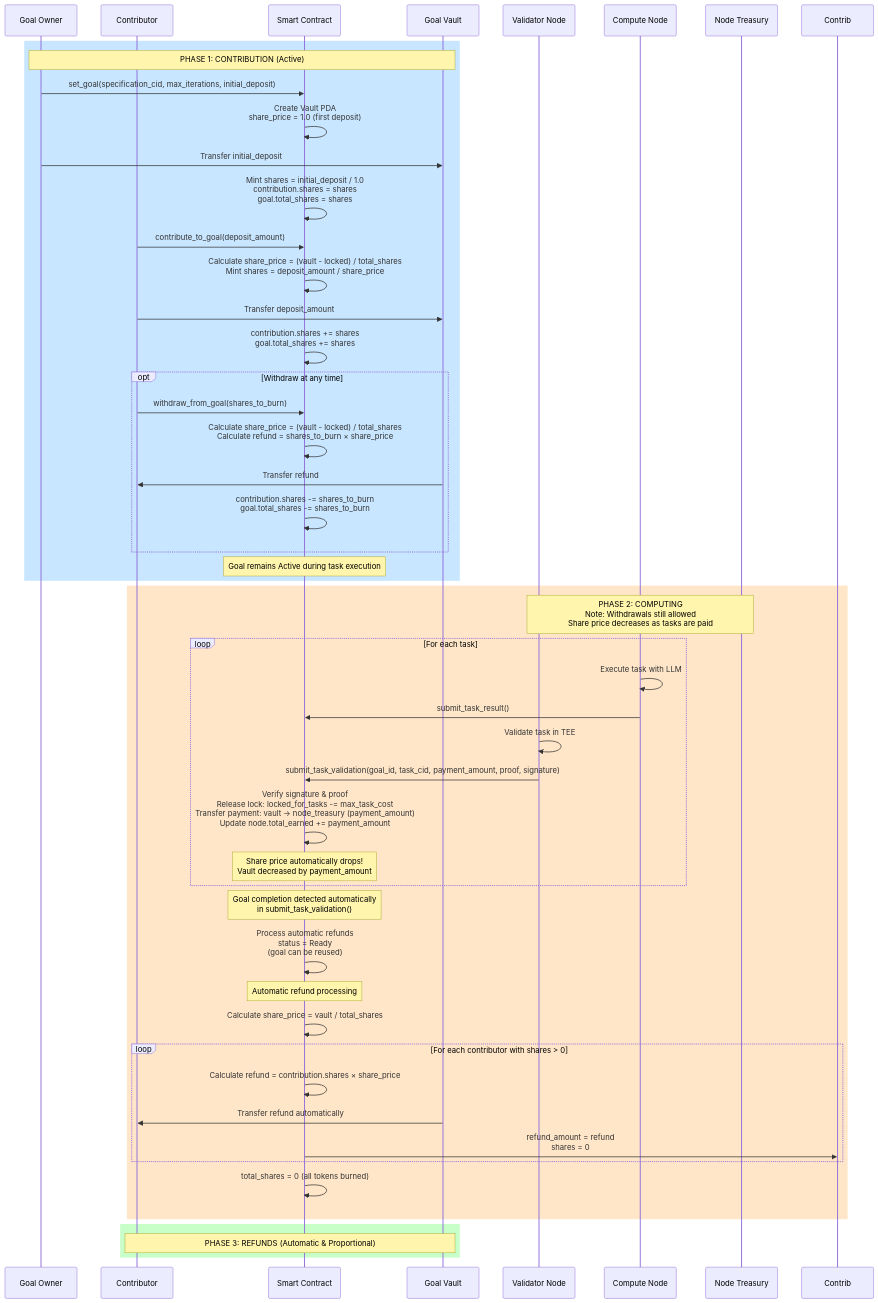
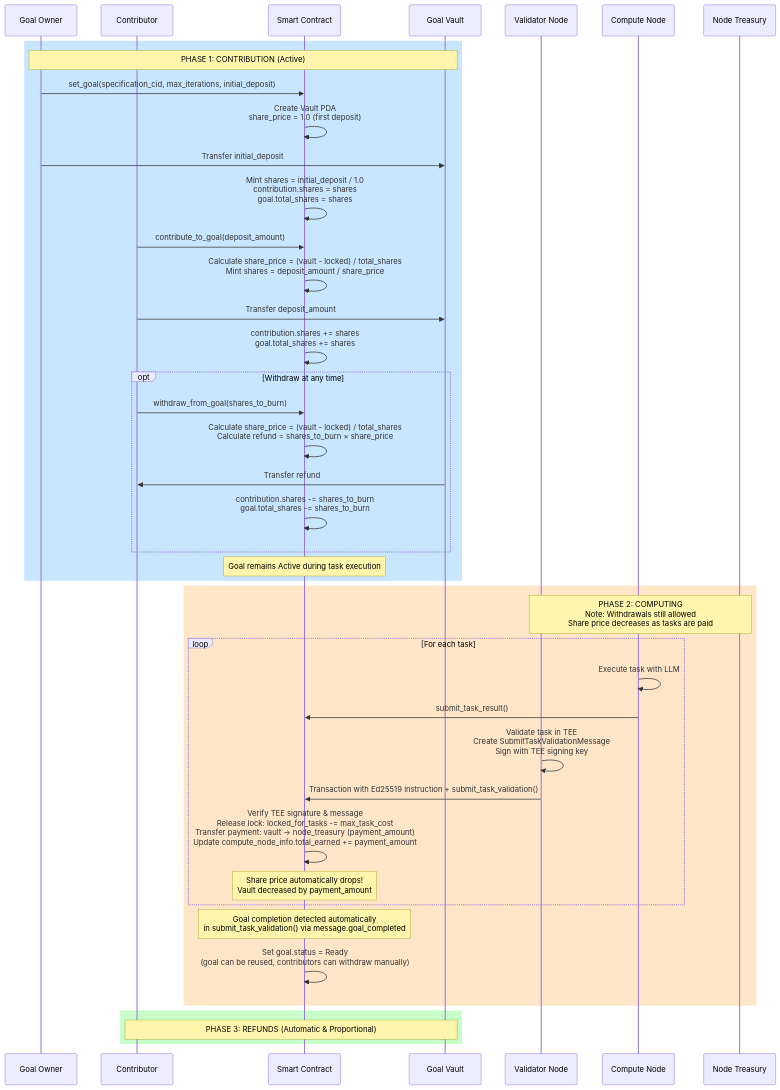
One commit to JorgeCosta87/decentralized-autonomous-computing changed diagram 12 of 13 in docs/design.md. Above: the diagram before and after it, drawn with Mermaid. The commit also changed other lines of this file and 1 other file, not shown here.

````diff
--- a/docs/design.md
+++ b/docs/design.md
@@ -619,68 +638,56 @@
 ```mermaid
 sequenceDiagram
     participant Owner as Goal Owner
     participant Contributor as Contributor
     participant DAC as Smart Contract
     participant Vault as Goal Vault
     participant VN as Validator Node
     participant CN as Compute Node
     participant NodeTreasury as Node Treasury
     
     rect rgb(200, 230, 255)
         Note over Owner,Vault: PHASE 1: CONTRIBUTION (Active)
         
         Owner->>DAC: set_goal(specification_cid, max_iterations, initial_deposit)
         DAC->>DAC: Create Vault PDA<br/>share_price = 1.0 (first deposit)
         Owner->>Vault: Transfer initial_deposit
         DAC->>DAC: Mint shares = initial_deposit / 1.0<br/>contribution.shares = shares<br/>goal.total_shares = shares
         
         Contributor->>DAC: contribute_to_goal(deposit_amount)
         DAC->>DAC: Calculate share_price = (vault - locked) / total_shares<br/>Mint shares = deposit_amount / share_price
         Contributor->>Vault: Transfer deposit_amount
         DAC->>DAC: contribution.shares += shares<br/>goal.total_shares += shares
         
         opt Withdraw at any time
             Contributor->>DAC: withdraw_from_goal(shares_to_burn)
             DAC->>DAC: Calculate share_price = (vault - locked) / total_shares<br/>Calculate refund = shares_to_burn × share_price
             Vault->>Contributor: Transfer refund
             DAC->>DAC: contribution.shares -= shares_to_burn<br/>goal.total_shares -= shares_to_burn
         end
         
         Note over DAC: Goal remains Active during task execution
     end
     
     rect rgb(255, 230, 200)
         Note over VN,NodeTreasury: PHASE 2: COMPUTING<br/>Note: Withdrawals still allowed<br/>Share price decreases as tasks are paid
         
         loop For each task
             CN->>CN: Execute task with LLM
             CN->>DAC: submit_task_result()
             
-            VN->>VN: Validate task in TEE
-            VN->>DAC: submit_task_validation(goal_id, task_cid, payment_amount, proof, signature)
-            DAC->>DAC: Verify signature & proof<br/>Release lock: locked_for_tasks -= max_task_cost<br/>Transfer payment: vault → node_treasury (payment_amount)<br/>Update node.total_earned += payment_amount
+            VN->>VN: Validate task in TEE<br/>Create SubmitTaskValidationMessage<br/>Sign with TEE signing key
+            VN->>DAC: Transaction with Ed25519 instruction + submit_task_validation()
+            DAC->>DAC: Verify TEE signature & message<br/>Release lock: locked_for_tasks -= max_task_cost<br/>Transfer payment: vault → node_treasury (payment_amount)<br/>Update compute_node_info.total_earned += payment_amount
             
             Note over DAC: Share price automatically drops!<br/>Vault decreased by payment_amount
         end
         
-        Note over DAC: Goal completion detected automatically<br/>in submit_task_validation()
-        DAC->>DAC: Process automatic refunds<br/>status = Ready<br/>(goal can be reused)
-        
-        Note over DAC: Automatic refund processing
-        
-        DAC->>DAC: Calculate share_price = vault / total_shares
-        
-        loop For each contributor with shares > 0
-            DAC->>DAC: Calculate refund = contribution.shares × share_price
-            Vault->>Contributor: Transfer refund automatically
-            DAC->>Contrib: refund_amount = refund<br/>shares = 0
-        end
-        
-        DAC->>DAC: total_shares = 0 (all tokens burned)
+        Note over DAC: Goal completion detected automatically<br/>in submit_task_validation() via message.goal_completed
+        DAC->>DAC: Set goal.status = Ready<br/>(goal can be reused, contributors can withdraw manually)
         
     end
     
     rect rgb(200, 255, 200)
         Note over Contributor,Vault: PHASE 3: REFUNDS (Automatic & Proportional)
     end
 ```
````
